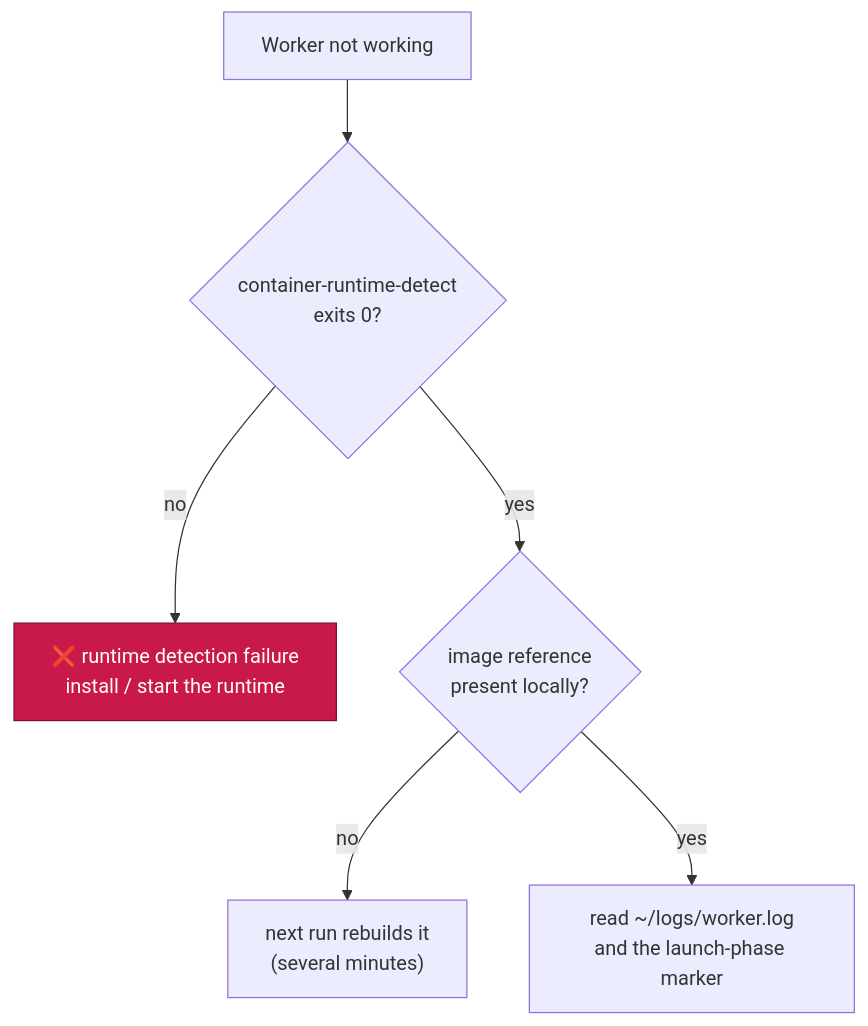
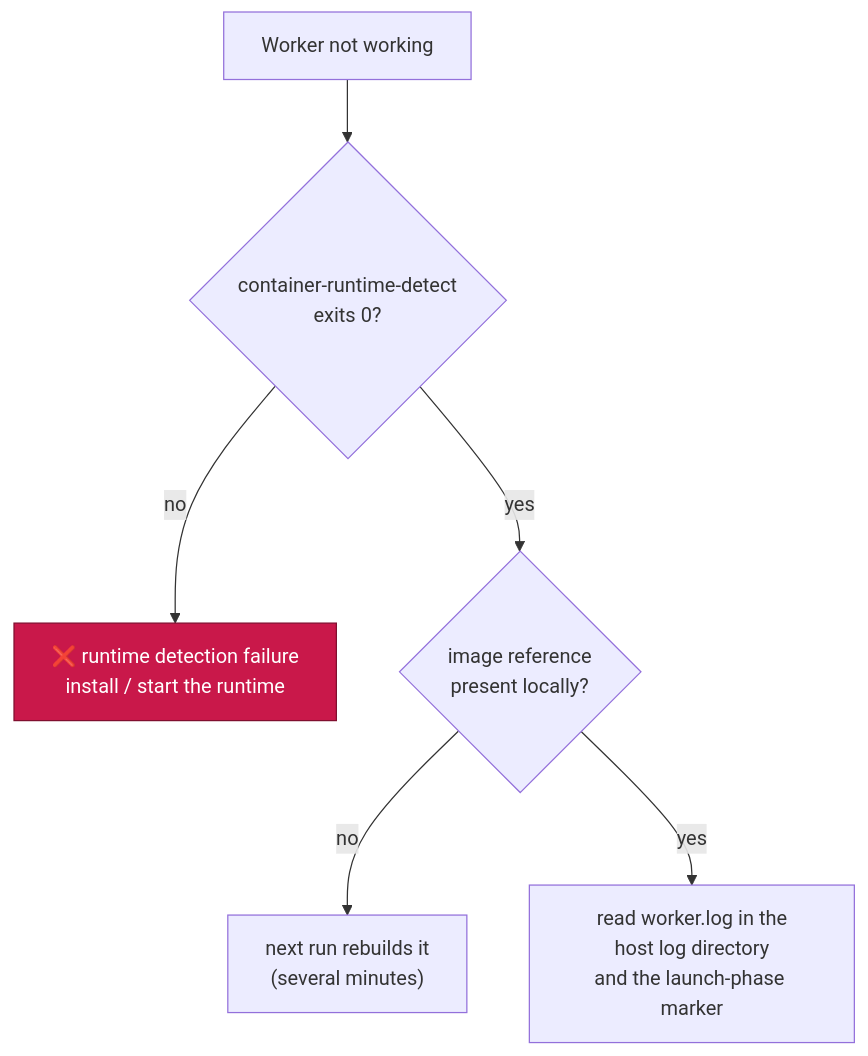
The first of 3 diagrams in docs/TROUBLESHOOTING.md (stSoftwareAU/VibeCoder), drawn with Mermaid before and after one commit. The commit also changed other lines of this file and 32 other files, not shown here.

First line of the commit message:
feat!: default to the platform-standard log directory (Issue #873)

````diff
--- a/docs/TROUBLESHOOTING.md
+++ b/docs/TROUBLESHOOTING.md
@@ -29,9 +29,9 @@
 ```mermaid
 flowchart TD
     S["Worker not working"] --> R{"container-runtime-detect<br/>exits 0?"}
     R -->|no| RF["❌ runtime detection failure<br/>install / start the runtime"]
     R -->|yes| I{"image reference<br/>present locally?"}
     I -->|no| B["next run rebuilds it<br/>(several minutes)"]
-    I -->|yes| L["read ~/logs/worker.log<br/>and the launch-phase marker"]
+    I -->|yes| L["read worker.log in the<br/>host log directory<br/>and the launch-phase marker"]
     style RF fill:#c9184a,stroke:#800f2f,color:#fff
 ```
````
